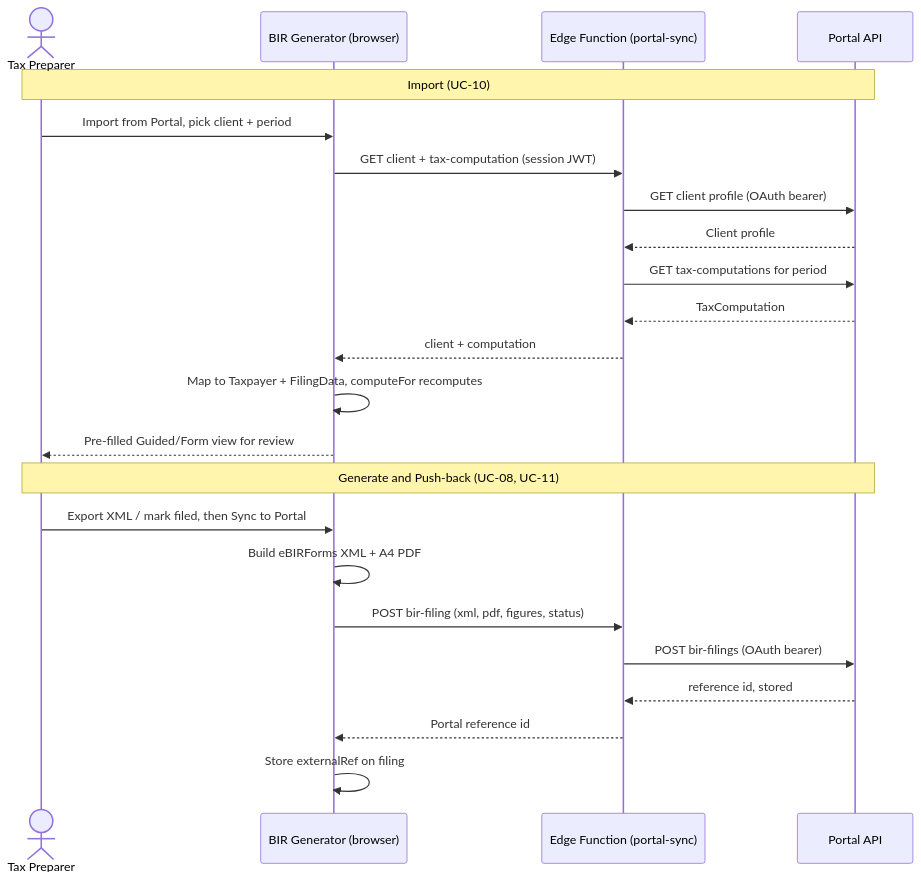
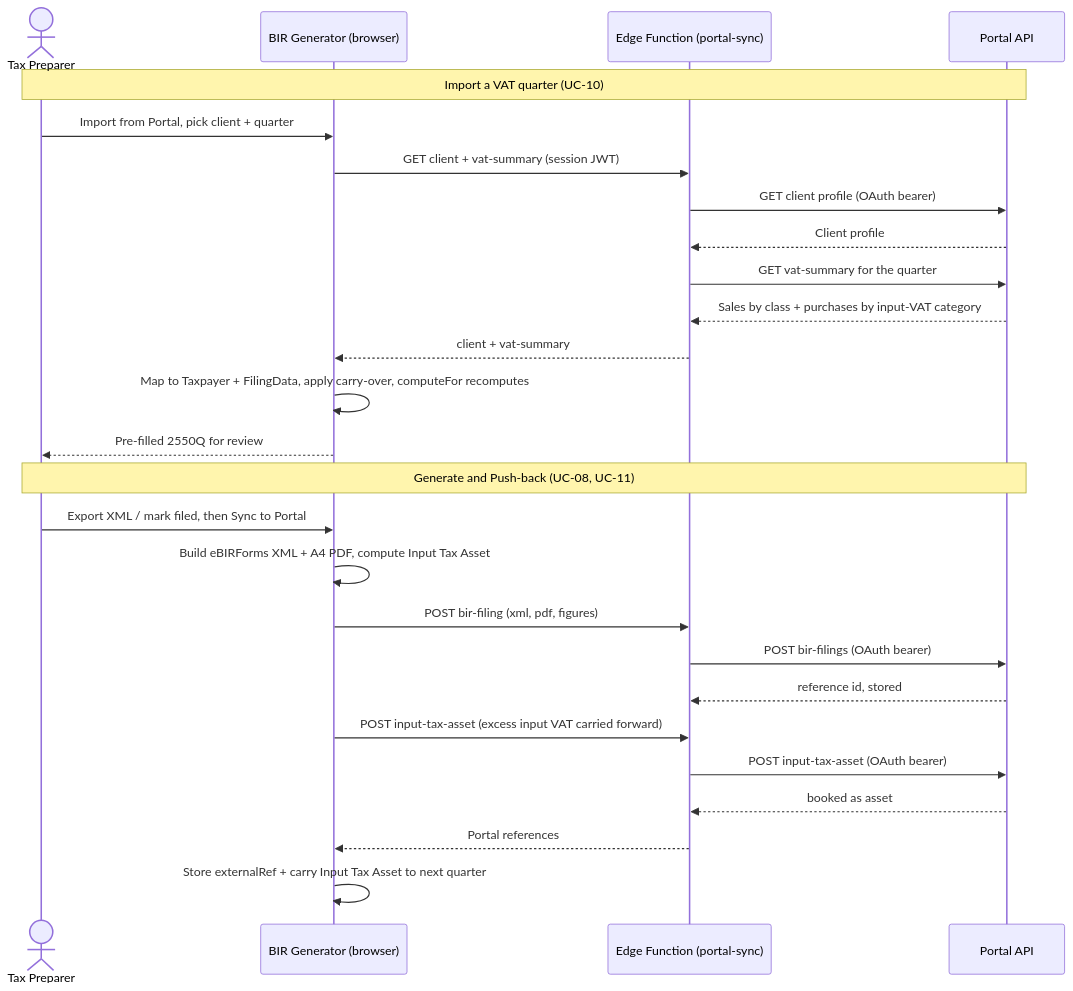
Diagram 13 of 13 in docs/BIR_Form_Generator_System_Design.md (markchrc2025/Sentire-Tax), drawn with Mermaid before and after one commit. The commit also changed other lines of this file, not shown here.

First line of the commit message:
Make Portal integration a prescriptive build contract (2550Q/2551Q) (#41)

````diff
--- a/docs/BIR_Form_Generator_System_Design.md
+++ b/docs/BIR_Form_Generator_System_Design.md
@@ -789,27 +980,30 @@
 ```mermaid
 sequenceDiagram
     actor TP as Tax Preparer
     participant UI as BIR Generator (browser)
     participant EF as Edge Function (portal-sync)
     participant P as Portal API
 
-    Note over TP,P: Import (UC-10)
-    TP->>UI: Import from Portal, pick client + period
-    UI->>EF: GET client + tax-computation (session JWT)
+    Note over TP,P: Import a VAT quarter (UC-10)
+    TP->>UI: Import from Portal, pick client + quarter
+    UI->>EF: GET client + vat-summary (session JWT)
     EF->>P: GET client profile (OAuth bearer)
     P-->>EF: Client profile
-    EF->>P: GET tax-computations for period
-    P-->>EF: TaxComputation
-    EF-->>UI: client + computation
-    UI->>UI: Map to Taxpayer + FilingData, computeFor recomputes
-    UI-->>TP: Pre-filled Guided/Form view for review
+    EF->>P: GET vat-summary for the quarter
+    P-->>EF: Sales by class + purchases by input-VAT category
+    EF-->>UI: client + vat-summary
+    UI->>UI: Map to Taxpayer + FilingData, apply carry-over, computeFor recomputes
+    UI-->>TP: Pre-filled 2550Q for review
 
     Note over TP,P: Generate and Push-back (UC-08, UC-11)
     TP->>UI: Export XML / mark filed, then Sync to Portal
-    UI->>UI: Build eBIRForms XML + A4 PDF
-    UI->>EF: POST bir-filing (xml, pdf, figures, status)
+    UI->>UI: Build eBIRForms XML + A4 PDF, compute Input Tax Asset
+    UI->>EF: POST bir-filing (xml, pdf, figures)
     EF->>P: POST bir-filings (OAuth bearer)
     P-->>EF: reference id, stored
-    EF-->>UI: Portal reference id
-    UI->>UI: Store externalRef on filing
+    UI->>EF: POST input-tax-asset (excess input VAT carried forward)
+    EF->>P: POST input-tax-asset (OAuth bearer)
+    P-->>EF: booked as asset
+    EF-->>UI: Portal references
+    UI->>UI: Store externalRef + carry Input Tax Asset to next quarter
 ```
````
